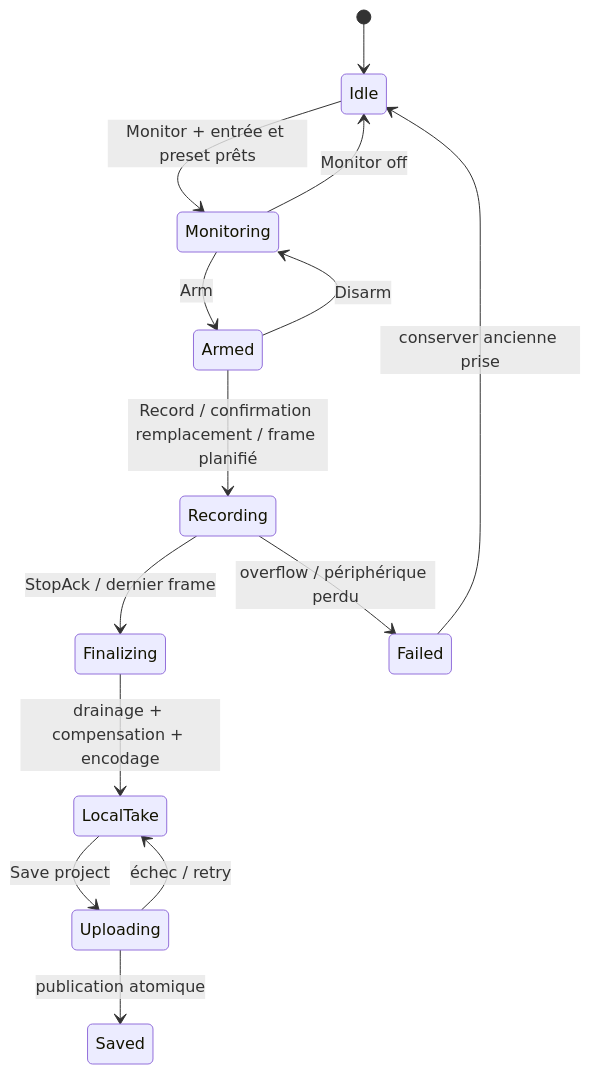
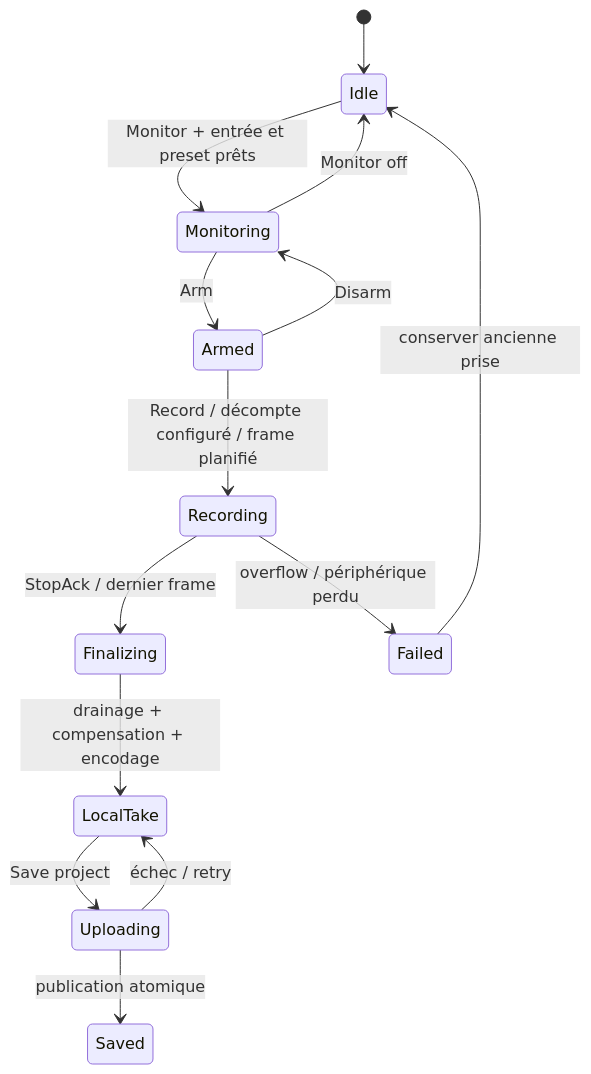
One commit to micbuffa/NAM_A2_WAM changed the third of 3 diagrams in RECORD_TRACKS_SPECIFICATION.md. Above: the diagram before and after it, drawn with Mermaid. The commit also changed other lines of this file and 12 other files, not shown here.

````diff
--- a/RECORD_TRACKS_SPECIFICATION.md
+++ b/RECORD_TRACKS_SPECIFICATION.md
@@ -267,16 +267,16 @@
 ```mermaid
 stateDiagram-v2
   [*] --> Idle
   Idle --> Monitoring: Monitor + entrée et preset prêts
   Monitoring --> Armed: Arm
-  Armed --> Recording: Record / confirmation remplacement / frame planifié
+  Armed --> Recording: Record / décompte configuré / frame planifié
   Recording --> Finalizing: StopAck / dernier frame
   Finalizing --> LocalTake: drainage + compensation + encodage
   LocalTake --> Uploading: Save project
   Uploading --> Saved: publication atomique
   Uploading --> LocalTake: échec / retry
   Armed --> Monitoring: Disarm
   Monitoring --> Idle: Monitor off
   Recording --> Failed: overflow / périphérique perdu
   Failed --> Idle: conserver ancienne prise
 ```
````
